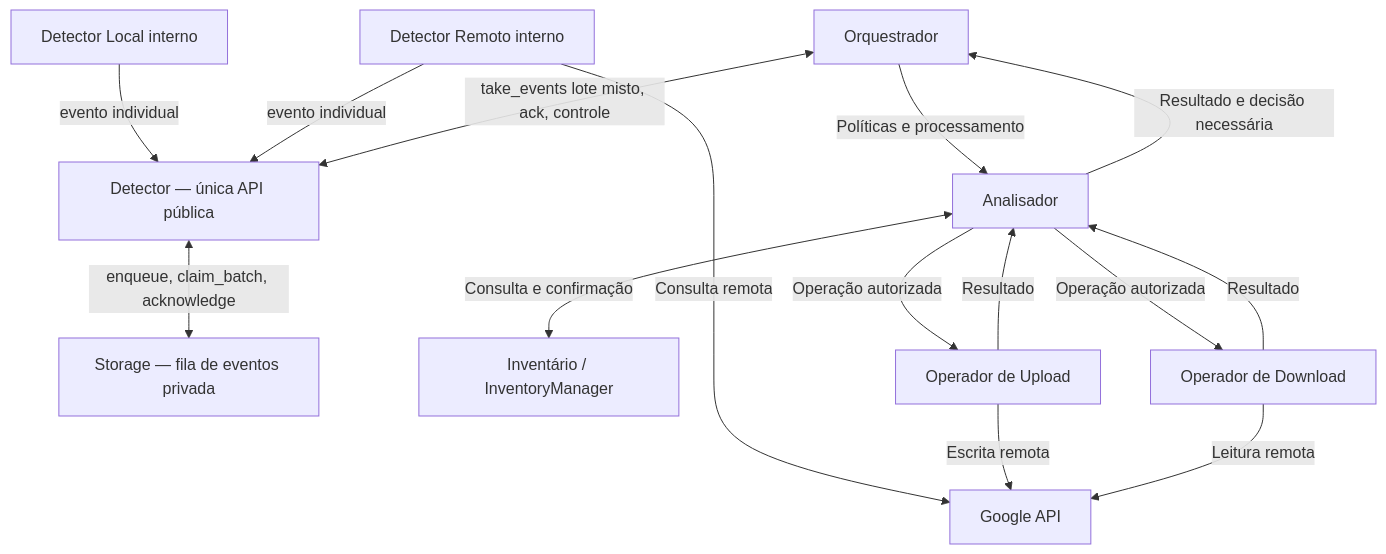
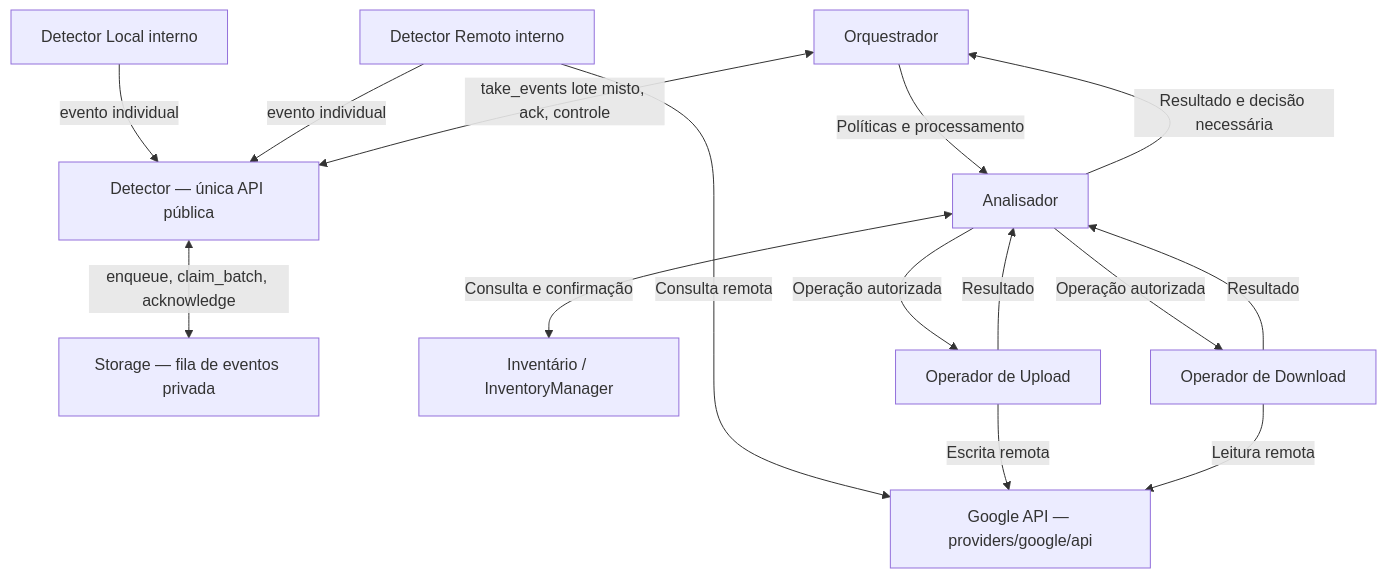
Before and after one commit to rafatosta/drivesync: the diagram in docs/SYSTEM_ARCHITECTURE.md, drawn with Mermaid. The commit also changed other lines of this file, not shown here.

````diff
--- a/docs/SYSTEM_ARCHITECTURE.md
+++ b/docs/SYSTEM_ARCHITECTURE.md
@@ -124,28 +124,28 @@
 ```mermaid
 flowchart TD
     DL["Detector Local interno"]
     DR["Detector Remoto interno"]
     DET["Detector — única API pública"]
     S["Storage — fila de eventos privada"]
     O["Orquestrador"]
     A["Analisador"]
     I["Inventário / InventoryManager"]
     U["Operador de Upload"]
     D["Operador de Download"]
-    G["Google API"]
+    G["Google API — providers/google/api"]
 
     DL -->|"evento individual"| DET
     DR -->|"evento individual"| DET
     DET <-->|"enqueue, claim_batch, acknowledge"| S
     O <-->|"take_events lote misto, ack, controle"| DET
     O -->|"Políticas e processamento"| A
     A -->|"Resultado e decisão necessária"| O
     A <-->|"Consulta e confirmação"| I
     A -->|"Operação autorizada"| U
     A -->|"Operação autorizada"| D
     U -->|"Resultado"| A
     D -->|"Resultado"| A
     DR -->|"Consulta remota"| G
     U -->|"Escrita remota"| G
     D -->|"Leitura remota"| G
 ```
````
